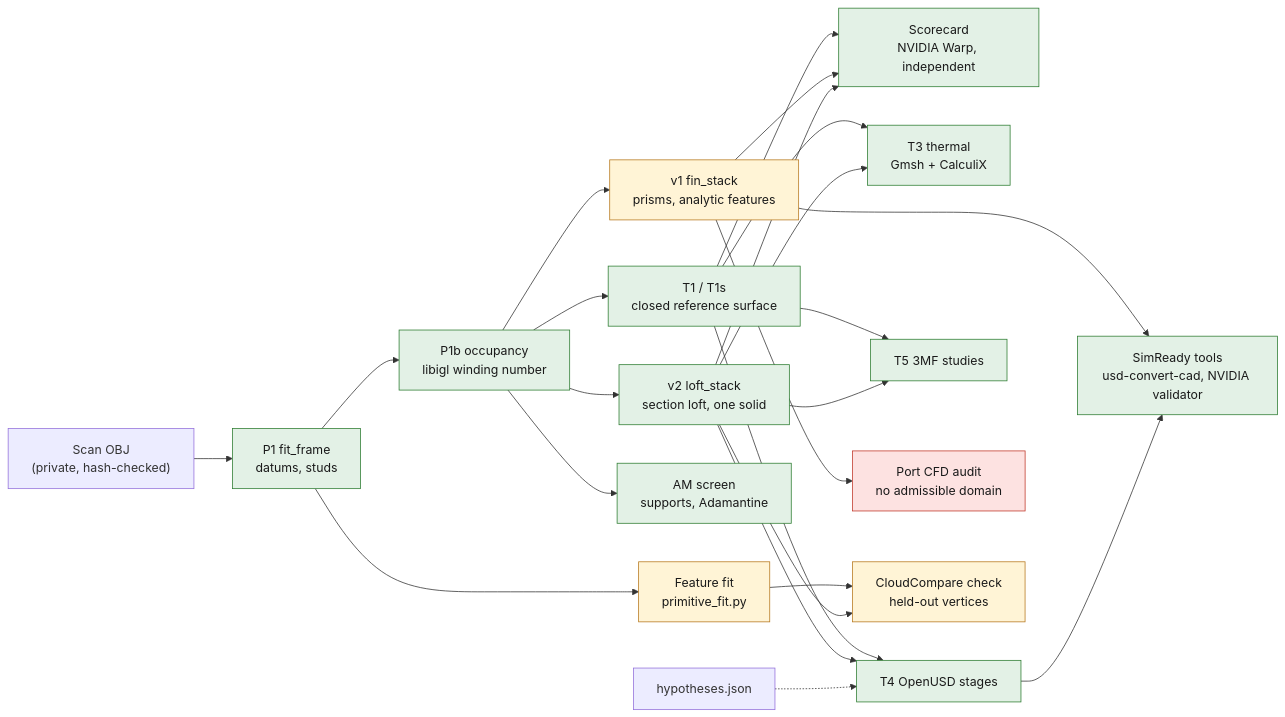
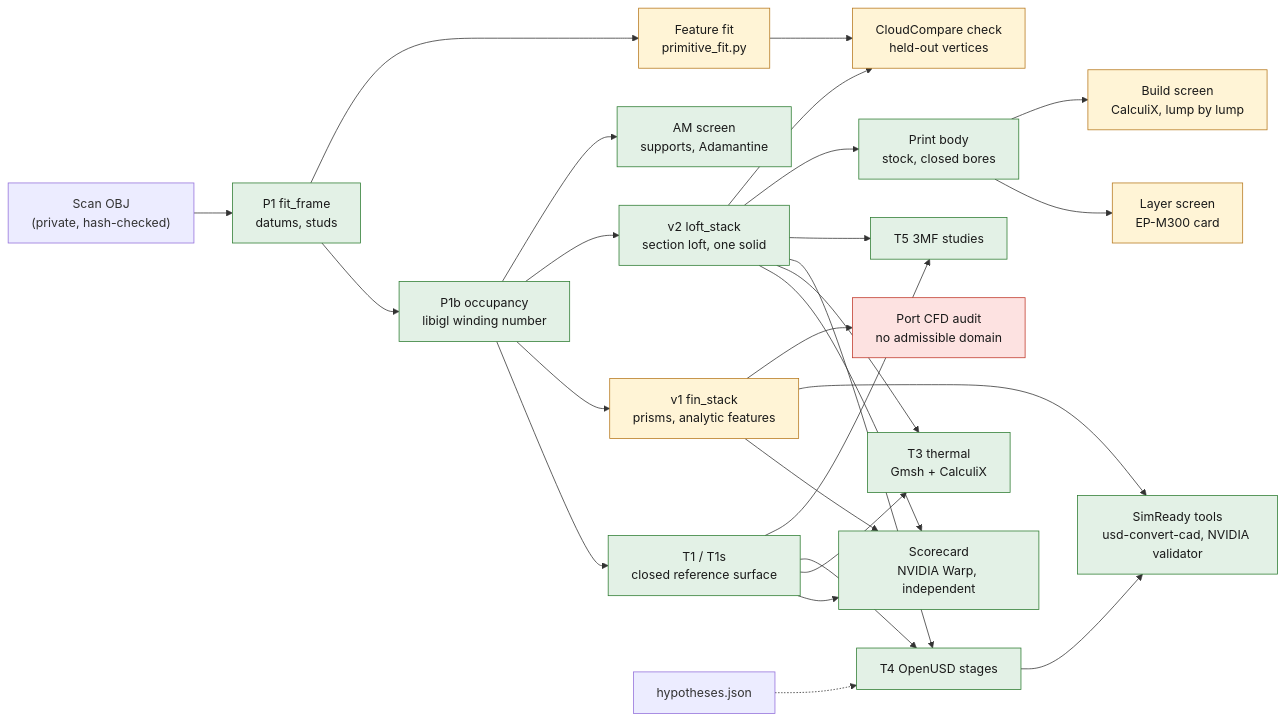
The third of 11 diagrams in twins/935-cylinder-head-cad-twin/README.md (cluster2600/porscheparts), drawn with Mermaid before and after one commit. The commit also changed other lines of this file and 18 other files, not shown here.

First line of the commit message:
935 head twin: build screen of the print body in CalculiX, layer screen on the fine surface (#686)

````diff
--- a/twins/935-cylinder-head-cad-twin/README.md
+++ b/twins/935-cylinder-head-cad-twin/README.md
@@ -114,31 +121,34 @@
 ```mermaid
 flowchart LR
   S["Scan OBJ<br/>(private, hash-checked)"] --> F["P1 fit_frame<br/>datums, studs"]
   F --> O["P1b occupancy<br/>libigl winding number"]
   O --> T1["T1 / T1s<br/>closed reference surface"]
   O --> V1["v1 fin_stack<br/>prisms, analytic features"]
   O --> V2["v2 loft_stack<br/>section loft, one solid"]
   T1 --> SC["Scorecard<br/>NVIDIA Warp, independent"]
   V1 --> SC
   V2 --> SC
   T1 --> TH["T3 thermal<br/>Gmsh + CalculiX"]
   V2 --> TH
   T1 --> U["T4 OpenUSD stages"]
   V2 --> U
   T1 --> P["T5 3MF studies"]
   V2 --> P
   V1 --> SR["SimReady tools<br/>usd-convert-cad, NVIDIA validator"]
   U --> SR
   O --> AM["AM screen<br/>supports, Adamantine"]
+  V2 --> PB["Print body<br/>stock, closed bores"]
+  PB --> LS["Layer screen<br/>EP-M300 card"]
+  PB --> BS["Build screen<br/>CalculiX, lump by lump"]
   V1 --> PA["Port CFD audit<br/>no admissible domain"]
   F --> FF["Feature fit<br/>primitive_fit.py"]
   FF --> CC["CloudCompare check<br/>held-out vertices"]
   V2 --> CC
   H["hypotheses.json"] -.-> U
   classDef ok fill:#e3f1e6,stroke:#2e7d32,color:#1a1a1a;
   classDef open fill:#fff4d6,stroke:#b7791f,color:#1a1a1a;
   classDef stop fill:#fde2e1,stroke:#c0392b,color:#1a1a1a;
-  class F,O,T1,SC,V2,TH,U,P,SR,AM ok;
-  class V1,FF,CC open;
+  class F,O,T1,SC,V2,TH,U,P,SR,AM,PB ok;
+  class V1,FF,CC,LS,BS open;
   class PA stop;
 ```
````
